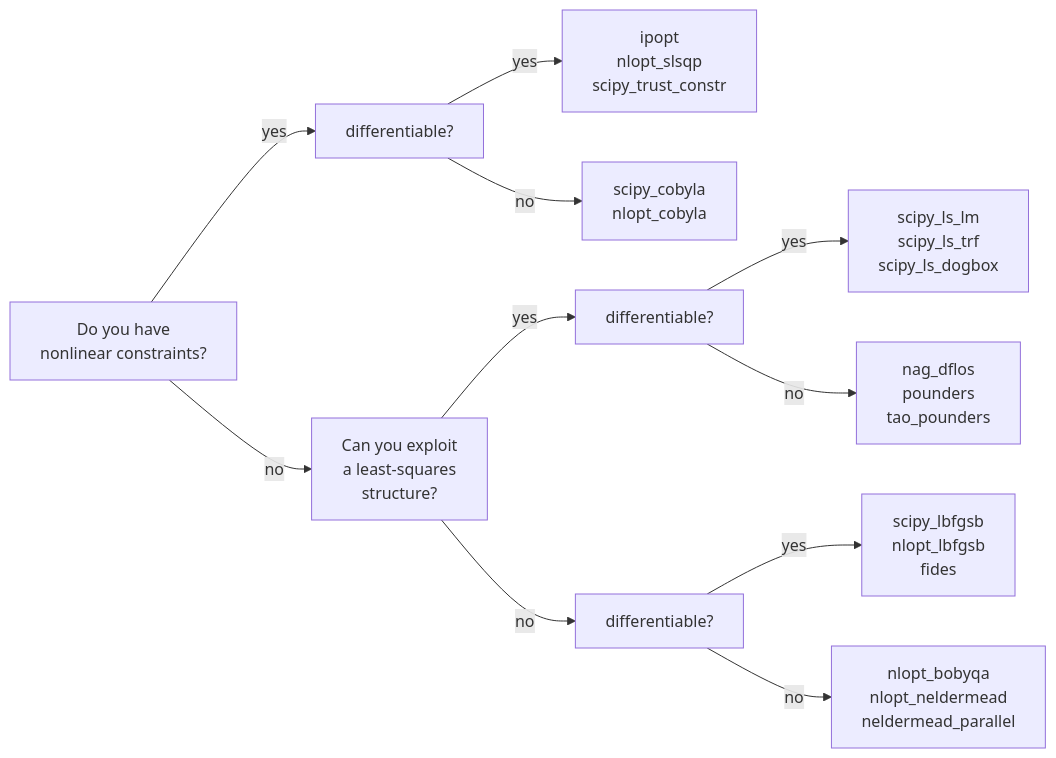
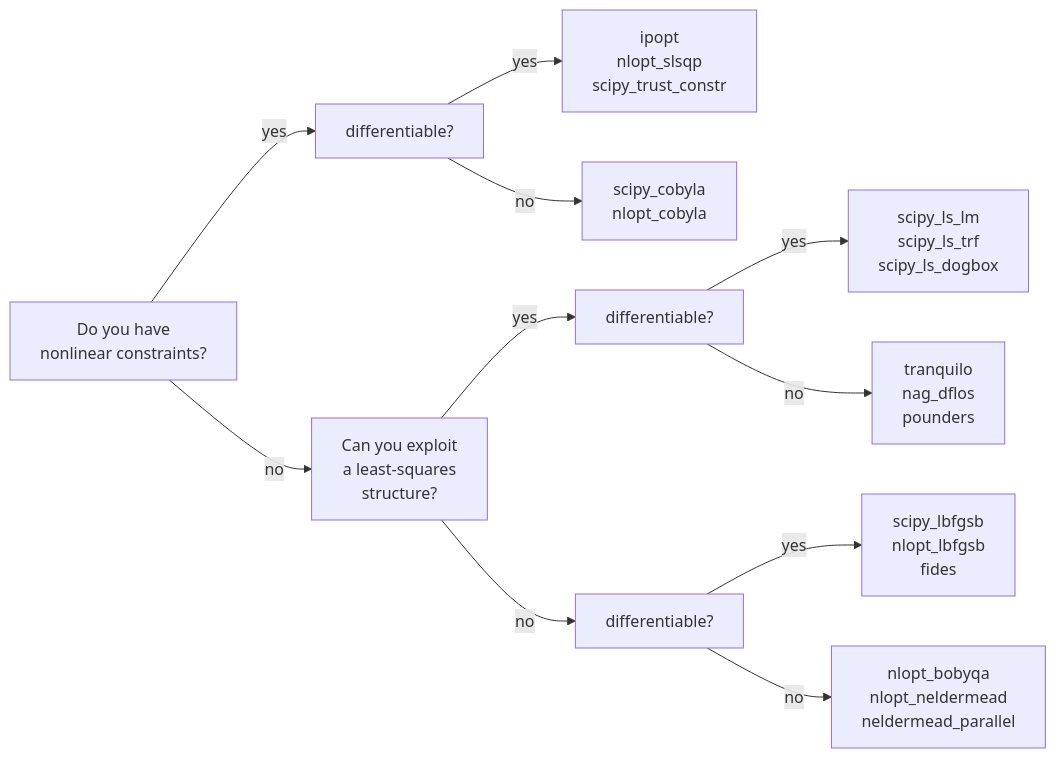
One commit to OpenSourceEconomics/epp_topics changed the first of 2 diagrams in src/epp_topics/numerical_optimization/optimization_algorithms/screencast/slides.md. Above: the diagram before and after it, drawn with Mermaid. The commit also changed other lines of this file and 23 other files, not shown here.

````diff
--- a/src/epp_topics/numerical_optimization/optimization_algorithms/screencast/slides.md
+++ b/src/epp_topics/numerical_optimization/optimization_algorithms/screencast/slides.md
@@ -70,17 +83,17 @@
 ```mermaid {theme: 'dark', scale: 0.6}
 graph LR
     classDef highlight fill:#FF4500;
     A["Do you have<br/>nonlinear<br/>constraints?"] -- yes --> B["differentiable?"]
     B["Is your objective function differentiable?"] -- yes --> C["ipopt<br/>nlopt_slsqp<br/>scipy_trust_constr"]
     B["differentiable?"] -- no --> D["scipy_cobyla<br/>nlopt_cobyla"]
 
     A["Do you have<br/>nonlinear constraints?"] -- no --> E["Can you exploit<br/>a least-squares<br/>structure?"]
     E["Can you exploit<br/>a least-squares<br/>structure?"] -- yes --> F["differentiable?"]
     E["Can you exploit<br/>a least-squares<br/>structure?"] -- no --> G["differentiable?"]
 
     F["differentiable?"] -- yes --> H["scipy_ls_lm<br/>scipy_ls_trf<br/>scipy_ls_dogbox"]
-    F["differentiable?"] -- no --> I["nag_dflos<br/>pounders<br/>tao_pounders"]
+    F["differentiable?"] -- no --> I["tranquilo<br/>nag_dflos<br/>pounders"]
 
     G["differentiable?"] -- yes --> J["scipy_lbfgsb<br/>nlopt_lbfgsb<br/>fides"]
     G["differentiable?"] -- no --> K["nlopt_bobyqa<br/>nlopt_neldermead<br/>neldermead_parallel"]
 ```
````
